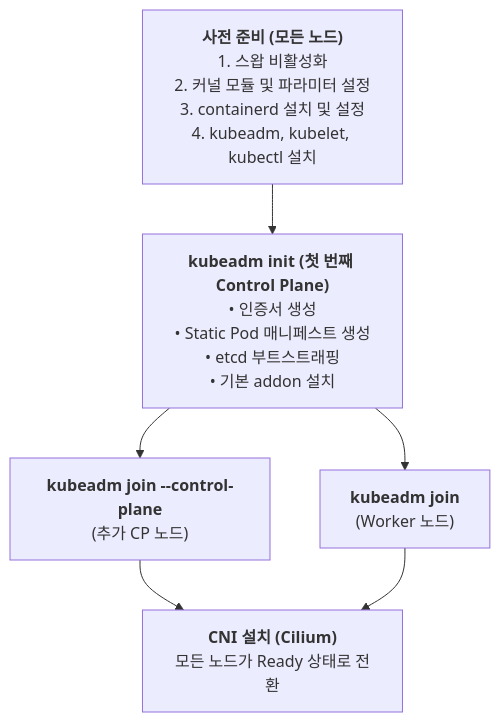
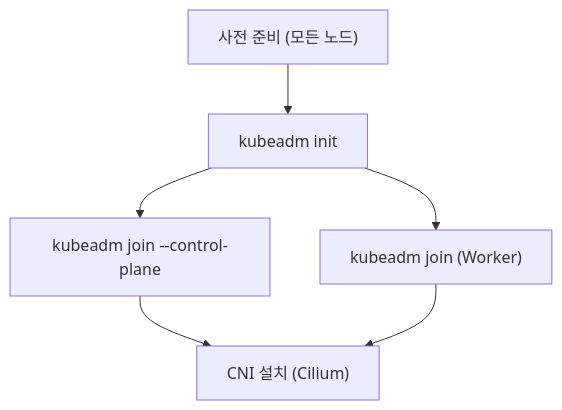
The diagram in day1/ch04-kubeadm/README.md (garlicKim21/kubernetes-onprem-training), drawn with Mermaid before and after one commit. The commit also changed other lines of this file and 6 other files, not shown here.

````diff
--- a/day1/ch04-kubeadm/README.md
+++ b/day1/ch04-kubeadm/README.md
@@ -206,14 +206,14 @@
 ```mermaid
 graph TD
-    prep["<b>사전 준비 (모든 노드)</b><br/>1. 스왑 비활성화<br/>2. 커널 모듈 및 파라미터 설정<br/>3. containerd 설치 및 설정<br/>4. kubeadm, kubelet, kubectl 설치"]
-    init["<b>kubeadm init (첫 번째 Control Plane)</b><br/>• 인증서 생성<br/>• Static Pod 매니페스트 생성<br/>• etcd 부트스트래핑<br/>• 기본 addon 설치"]
-    joinCP["<b>kubeadm join --control-plane</b><br/>(추가 CP 노드)"]
-    joinWrk["<b>kubeadm join</b><br/>(Worker 노드)"]
-    cni["<b>CNI 설치 (Cilium)</b><br/>모든 노드가 Ready 상태로 전환"]
+    prep["사전 준비 (모든 노드)"]
+    init["kubeadm init"]
+    joinCP["kubeadm join --control-plane"]
+    joinWrk["kubeadm join (Worker)"]
+    cni["CNI 설치 (Cilium)"]
 
     prep --> init
     init --> joinCP
     init --> joinWrk
     joinCP --> cni
     joinWrk --> cni
 ```
````
